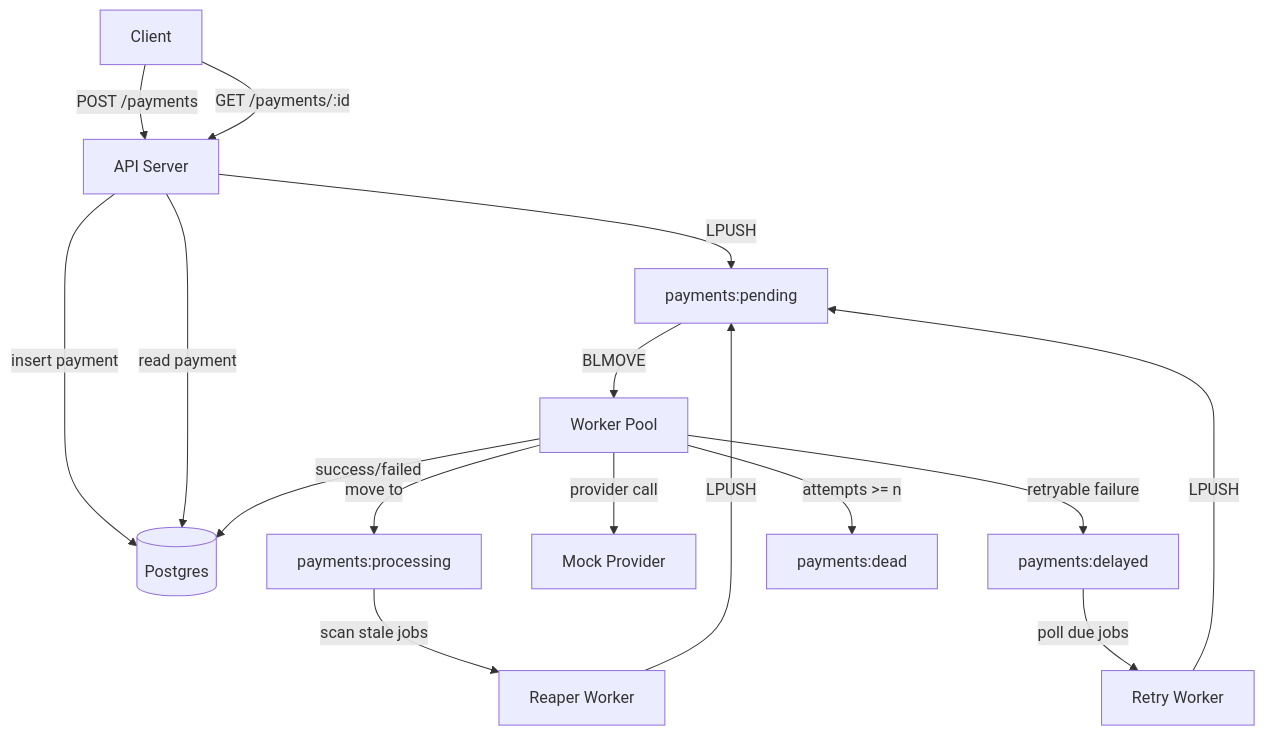
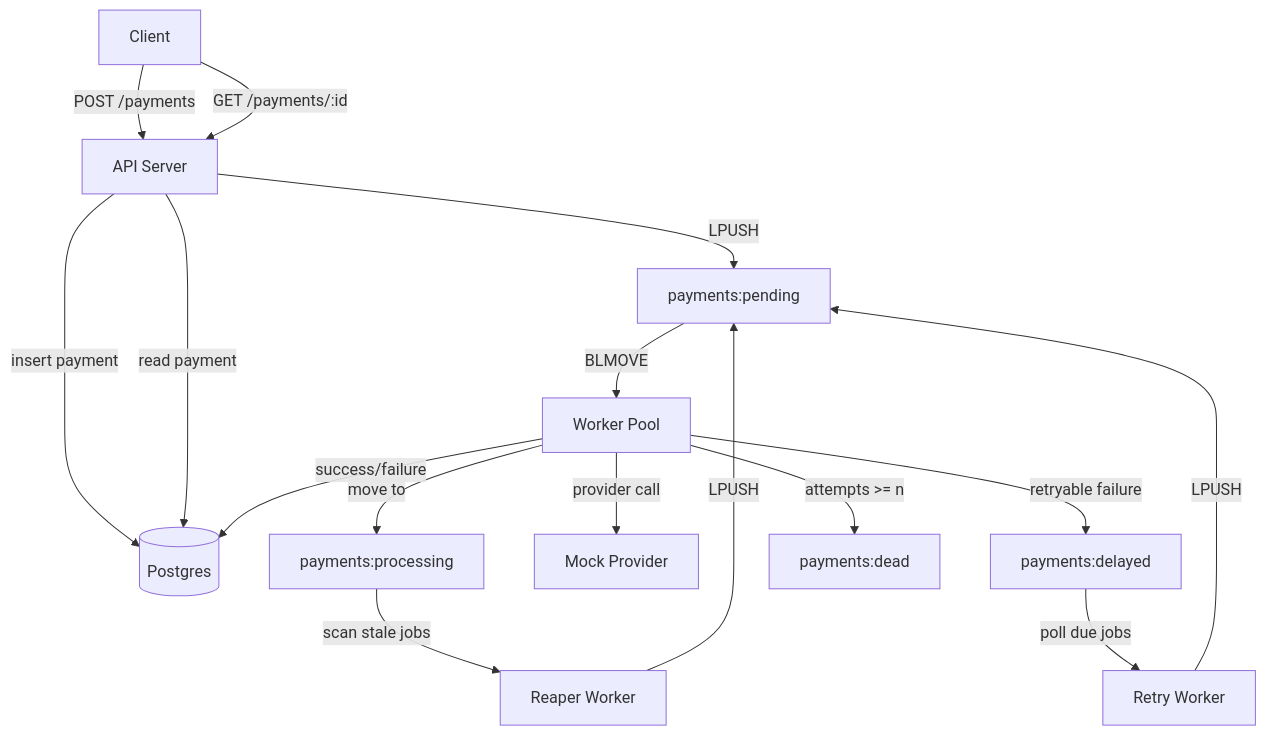
The diagram in README.md (electr1fy0/okane), drawn with Mermaid before and after one commit. The commit also changed other lines of this file and 2 other files, not shown here.

````diff
--- a/README.md
+++ b/README.md
@@ -7,22 +7,22 @@
 ```mermaid
 flowchart TD
     Client -->|POST /payments| API["API Server"]
     Client -->|"GET /payments/:id"| API
 
     API -->|insert payment| PG[("Postgres")]
     API -->|read payment| PG
     API -->|LPUSH| Pending["payments:pending"]
 
     Pending -->|BLMOVE| WorkerPool["Worker Pool"]
     WorkerPool -->|move to| Processing["payments:processing"]
     WorkerPool -->|provider call| Provider["Mock Provider"]
-    WorkerPool -->|success/failed| PG
+    WorkerPool -->|success/failure| PG
     WorkerPool -->|retryable failure| Delayed["payments:delayed"]
     WorkerPool -->|attempts >= n| Dead["payments:dead"]
 
     Delayed -->|poll due jobs| Retry["Retry Worker"]
     Retry -->|LPUSH| Pending
 
     Processing -->|scan stale jobs| Reaper["Reaper Worker"]
     Reaper -->|LPUSH| Pending
   ```
````
